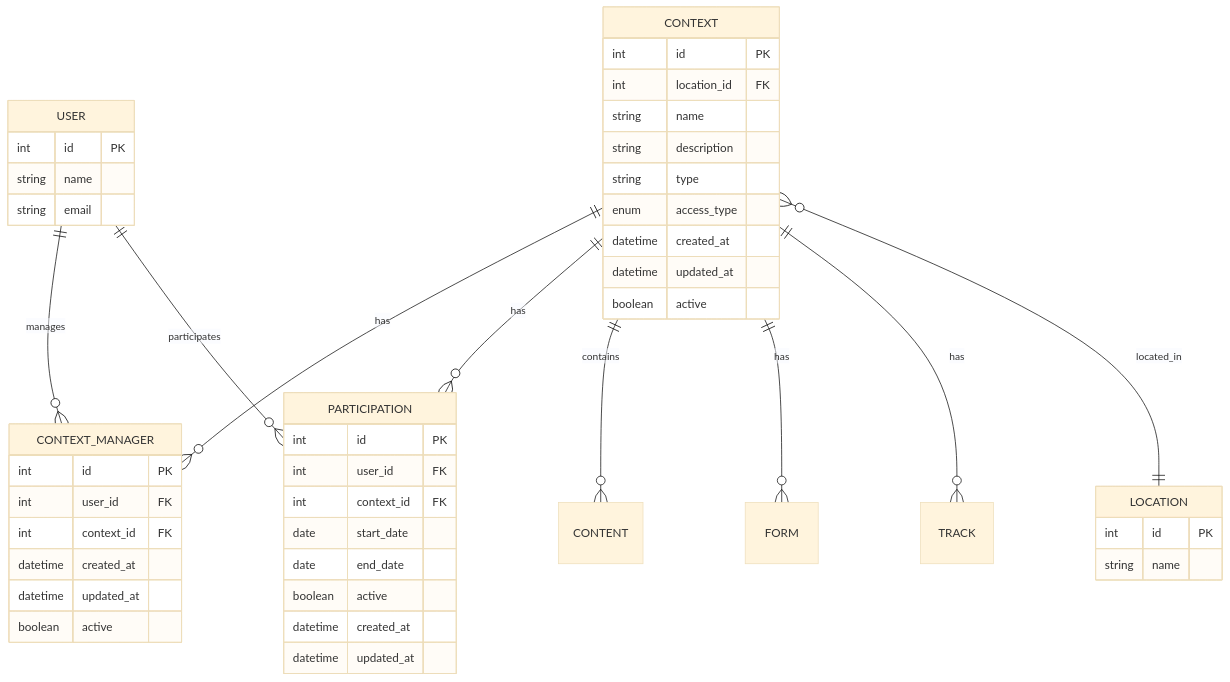
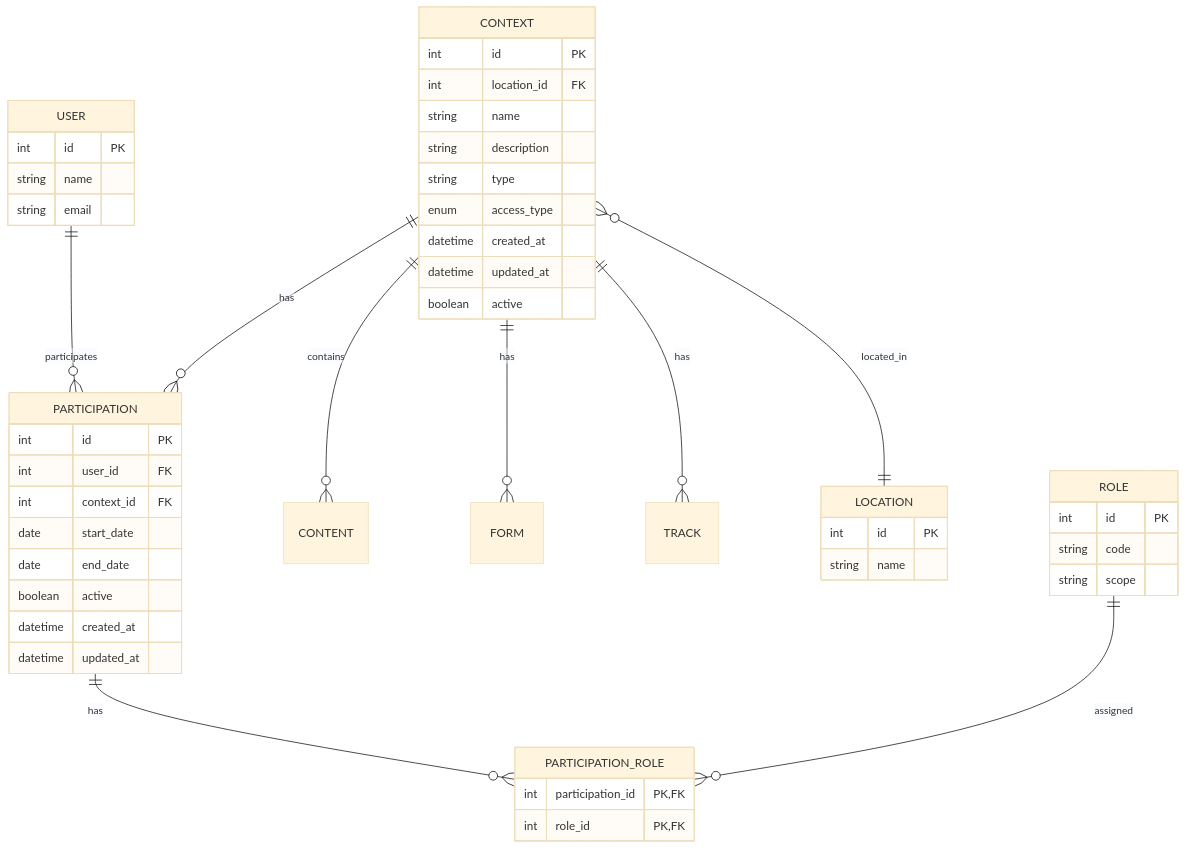
The diagram in docs-docusauros/gds/docs/arquitetura/modelagem-banco-dados/contextos-participacao.md (ProEpi-Dev/gds-admin), drawn with Mermaid (base theme) before and after one commit. The commit also changed other lines of this file and 181 other files, not shown here.

````diff
--- a/docs-docusauros/gds/docs/arquitetura/modelagem-banco-dados/contextos-participacao.md
+++ b/docs-docusauros/gds/docs/arquitetura/modelagem-banco-dados/contextos-participacao.md
@@ -7,55 +7,57 @@
 ```mermaid
 erDiagram
-    CONTEXT ||--o{ CONTEXT_MANAGER : "has"
     CONTEXT ||--o{ PARTICIPATION : "has"
     CONTEXT ||--o{ CONTENT : "contains"
     CONTEXT ||--o{ FORM : "has"
     CONTEXT ||--o{ TRACK : "has"
     CONTEXT }o--|| LOCATION : "located_in"
     
-    USER ||--o{ CONTEXT_MANAGER : "manages"
     USER ||--o{ PARTICIPATION : "participates"
+    PARTICIPATION ||--o{ PARTICIPATION_ROLE : "has"
+    ROLE ||--o{ PARTICIPATION_ROLE : "assigned"
     
     CONTEXT {
         int id PK
         int location_id FK
         string name
         string description
         string type
         enum access_type
-        datetime created_at
-        datetime updated_at
-        boolean active
-    }
-    
-    CONTEXT_MANAGER {
-        int id PK
-        int user_id FK
-        int context_id FK
         datetime created_at
         datetime updated_at
         boolean active
     }
     
     PARTICIPATION {
         int id PK
         int user_id FK
         int context_id FK
         date start_date
         date end_date
         boolean active
         datetime created_at
         datetime updated_at
     }
     
+    PARTICIPATION_ROLE {
+        int participation_id PK,FK
+        int role_id PK,FK
+    }
+    
+    ROLE {
+        int id PK
+        string code
+        string scope
+    }
+    
     USER {
         int id PK
         string name
         string email
     }
     
     LOCATION {
         int id PK
         string name
     }
 ```
````
